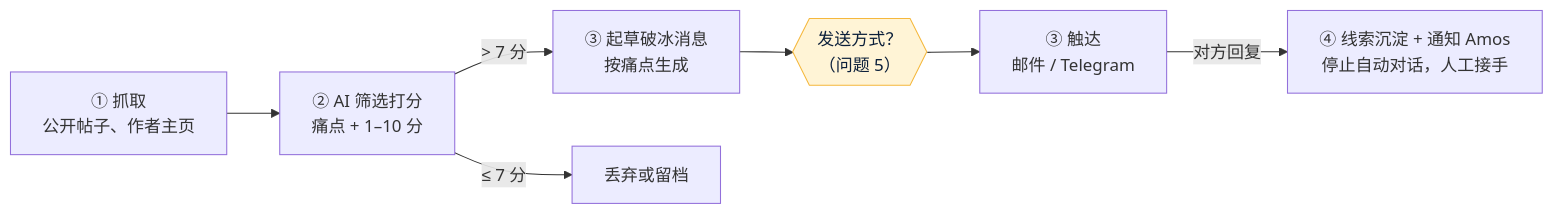
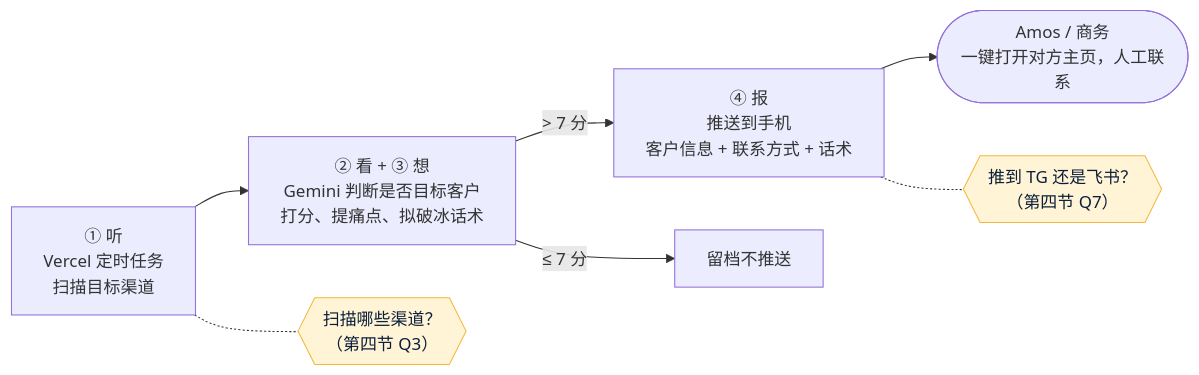
One commit to dollar3651314/auto-agent changed the diagram in 需求文档/v1-需求澄清问题.md. Above: the diagram before and after it, drawn with Mermaid. The commit also changed other lines of this file and 1 other file, not shown here.

First line of the commit message:
v1.1 需求澄清：记录 Amos 的回答（只推送、Gemini、Vercel），补数据源可行性和套餐问题

````diff
--- a/需求文档/v1-需求澄清问题.md
+++ b/需求文档/v1-需求澄清问题.md
@@ -11,12 +13,12 @@
 ```mermaid
 flowchart LR
-    S["① 抓取<br/>公开帖子、作者主页"] --> F["② AI 筛选打分<br/>痛点 + 1–10 分"]
-    F -->|"> 7 分"| D["③ 起草破冰消息<br/>按痛点生成"]
-    D --> H{{"发送方式？<br/>（问题 5）"}}
-    H --> O["③ 触达<br/>邮件 / Telegram"]
-    O -->|"对方回复"| C["④ 线索沉淀 + 通知 Amos<br/>停止自动对话，人工接手"]
-    F -->|"≤ 7 分"| X["丢弃或留档"]
+    S["① 听<br/>Vercel 定时任务<br/>扫描目标渠道"] --> F["② 看 + ③ 想<br/>Gemini 判断是否目标客户<br/>打分、提痛点、拟破冰话术"]
+    F -->|"> 7 分"| R["④ 报<br/>推送到手机<br/>客户信息 + 联系方式 + 话术"]
+    R --> H(["Amos / 商务<br/>一键打开对方主页，人工联系"])
+    F -->|"≤ 7 分"| X["留档不推送"]
+    S -.- Q1{{"扫描哪些渠道？<br/>（第四节 Q3）"}}
+    R -.- Q2{{"推到 TG 还是飞书？<br/>（第四节 Q7）"}}
 
     classDef amos fill:#FFF4D6,stroke:#F5B83D,color:#0B1F3A
-    class H amos
+    class Q1,Q2 amos
 ```
````
